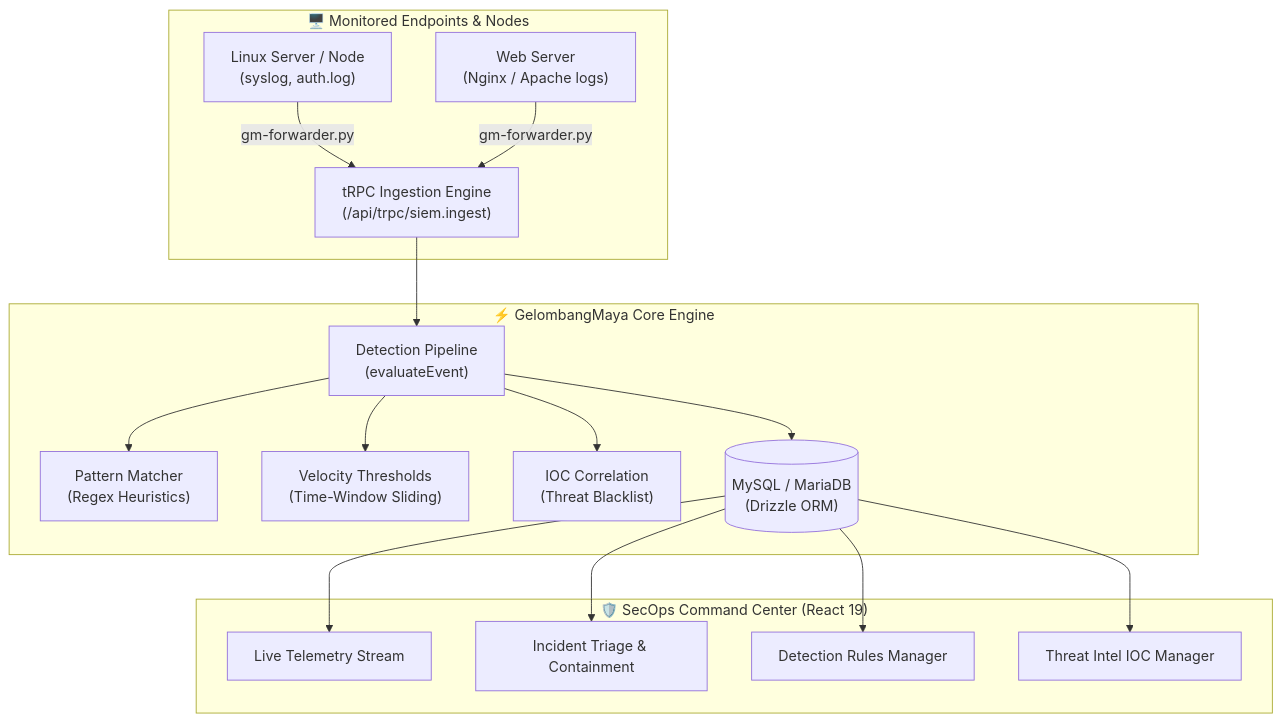
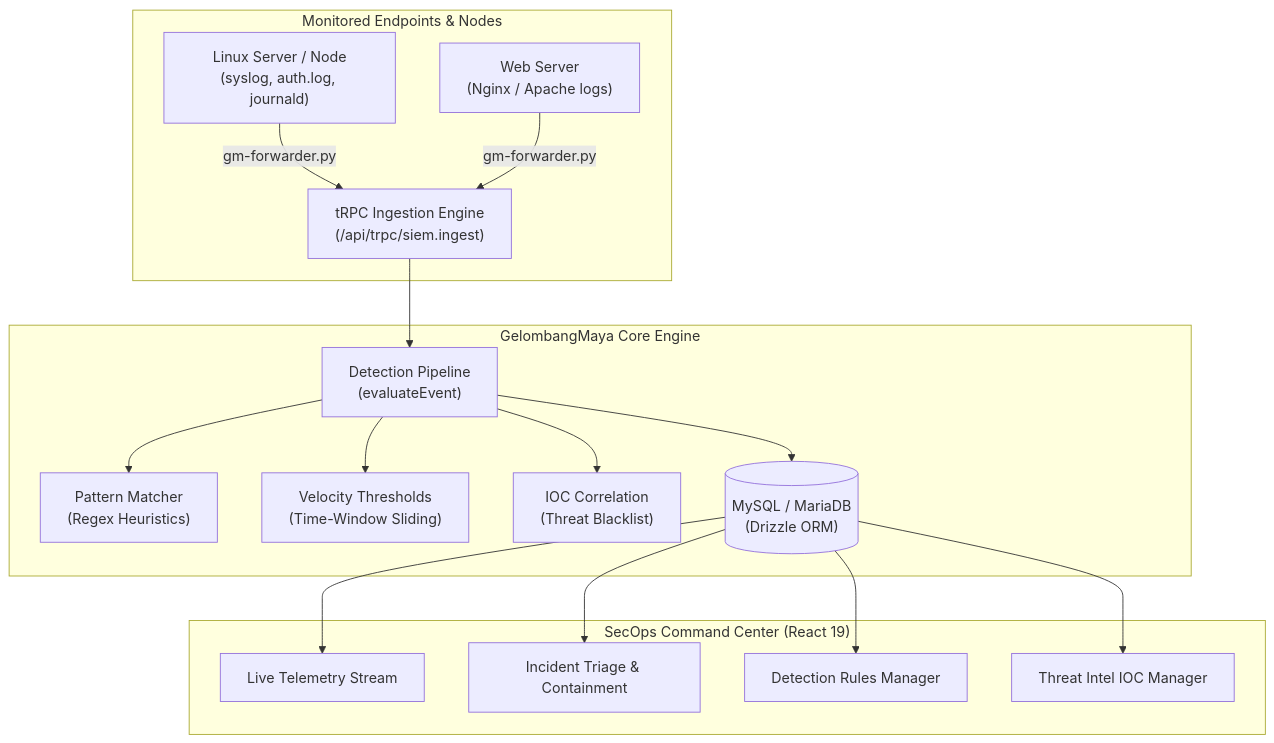
One commit to elektrika-cloud/gelombangmaya-community changed the diagram in README.md. Above: the diagram before and after it, drawn with Mermaid. The commit also changed other lines of this file and 5 other files, not shown here.

````diff
--- a/README.md
+++ b/README.md
@@ -51,23 +53,23 @@
 ```mermaid
 flowchart TD
-    subgraph Endpoints ["🖥️ Monitored Endpoints & Nodes"]
-        A1["Linux Server / Node\n(syslog, auth.log)"] -->|gm-forwarder.py| INGEST["tRPC Ingestion Engine\n(/api/trpc/siem.ingest)"]
+    subgraph Endpoints ["Monitored Endpoints & Nodes"]
+        A1["Linux Server / Node\n(syslog, auth.log, journald)"] -->|gm-forwarder.py| INGEST["tRPC Ingestion Engine\n(/api/trpc/siem.ingest)"]
         A2["Web Server\n(Nginx / Apache logs)"] -->|gm-forwarder.py| INGEST
     end
 
-    subgraph CoreEngine ["⚡ GelombangMaya Core Engine"]
+    subgraph CoreEngine ["GelombangMaya Core Engine"]
         INGEST --> PIPE["Detection Pipeline\n(evaluateEvent)"]
         PIPE --> R1["Pattern Matcher\n(Regex Heuristics)"]
         PIPE --> R2["Velocity Thresholds\n(Time-Window Sliding)"]
         PIPE --> R3["IOC Correlation\n(Threat Blacklist)"]
         
         PIPE --> DB[("MySQL / MariaDB\n(Drizzle ORM)")]
     end
 
-    subgraph SOCDashboard ["🛡️ SecOps Command Center (React 19)"]
+    subgraph SOCDashboard ["SecOps Command Center (React 19)"]
         DB --> UI1["Live Telemetry Stream"]
         DB --> UI2["Incident Triage & Containment"]
         DB --> UI3["Detection Rules Manager"]
         DB --> UI4["Threat Intel IOC Manager"]
     end
 ```
````
